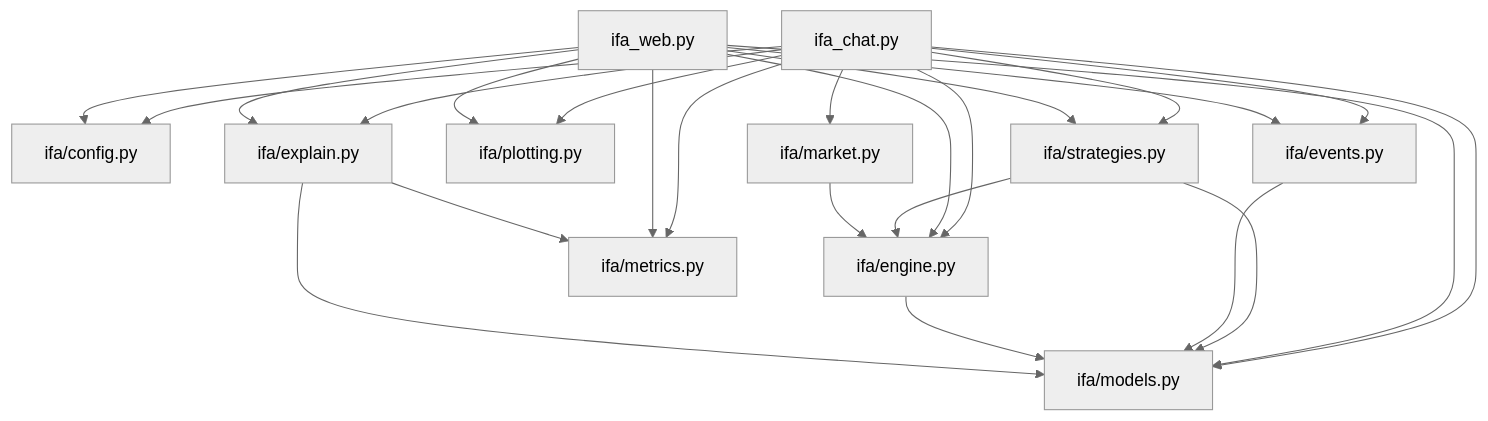
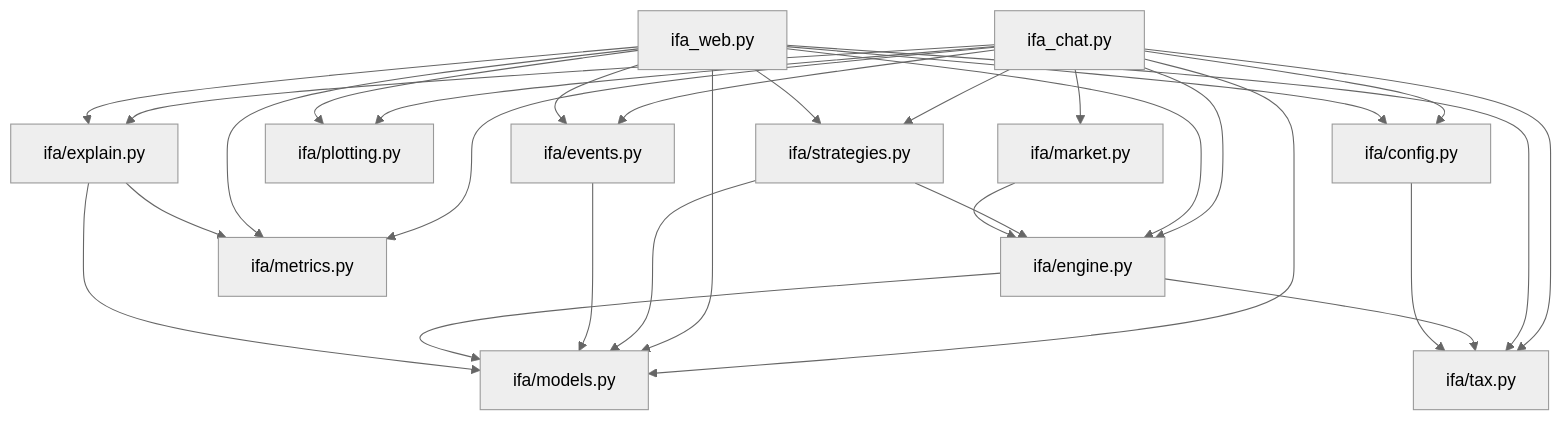
One commit to bumface11/ifa changed the second of 2 diagrams in ARCHITECTURE.md. Above: the diagram before and after it, drawn with Mermaid (neutral theme). The commit also changed other lines of this file and 8 other files, not shown here.

````diff
--- a/ARCHITECTURE.md
+++ b/ARCHITECTURE.md
@@ -94,31 +103,35 @@
 ```mermaid
 flowchart TB
   CHAT[ifa_chat.py] --> CONFIG[ifa/config.py]
   CHAT --> MODELS[ifa/models.py]
   CHAT --> EVENTS[ifa/events.py]
   CHAT --> ENGINE[ifa/engine.py]
   CHAT --> METRICS[ifa/metrics.py]
   CHAT --> PLOTTING[ifa/plotting.py]
   CHAT --> EXPLAIN[ifa/explain.py]
   CHAT --> STRAT[ifa/strategies.py]
   CHAT --> MARKET[ifa/market.py]
+  CHAT --> TAX[ifa/tax.py]
 
   IFWEB[ifa_web.py] --> CONFIG
   IFWEB --> MODELS
   IFWEB --> EVENTS
   IFWEB --> ENGINE
   IFWEB --> METRICS
   IFWEB --> PLOTTING
   IFWEB --> EXPLAIN
   IFWEB --> STRAT
+  IFWEB --> TAX
 
   STRAT --> ENGINE
   STRAT --> MODELS
 
   EVENTS --> MODELS
   ENGINE --> MODELS
+  ENGINE --> TAX[ifa/tax.py]
+  CONFIG --> TAX
   EXPLAIN --> MODELS
   EXPLAIN --> METRICS
 
   MARKET --> ENGINE
 ```
````
